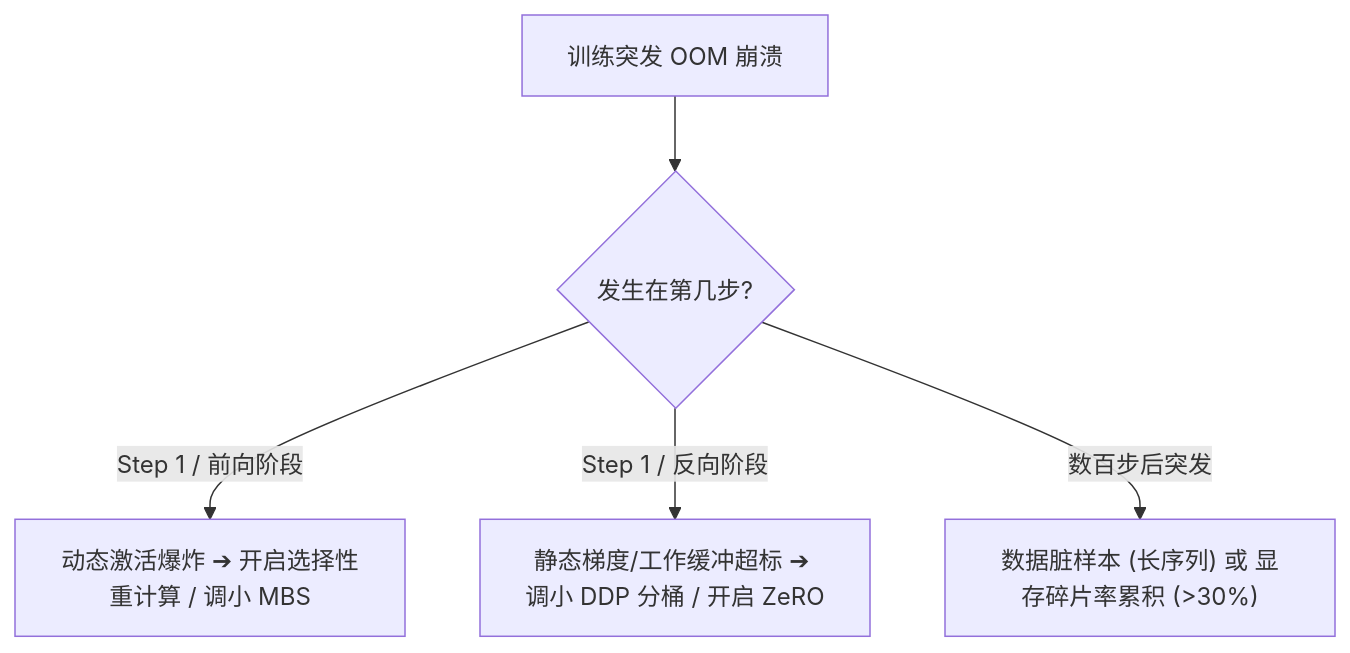
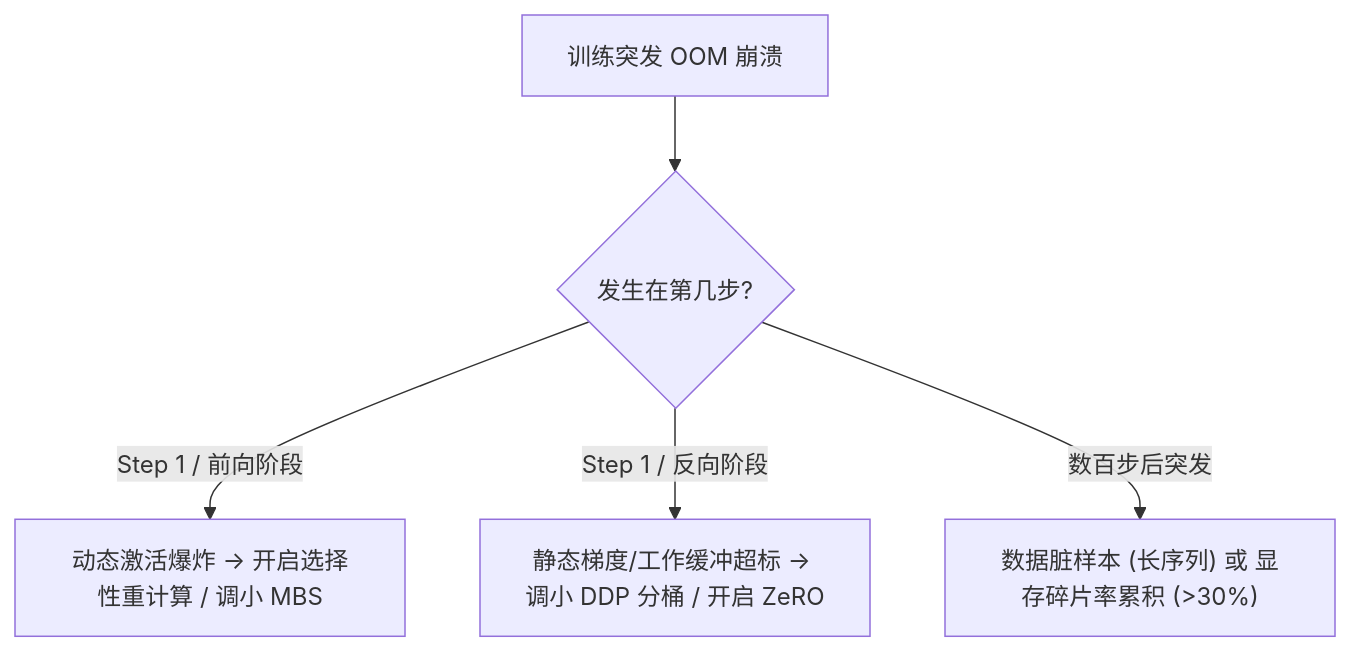
Before and after one commit to hsthanb4/hpclearning: the second of 2 diagrams in train/lesson12.qmd, drawn with Mermaid. The commit also changed 17 other files, not shown here.

Commit message:
fix(docs): switch to native MathML, resolve Mermaid syntax errors, and fix broken internal links across all courses

````diff
--- a/train/lesson12.qmd
+++ b/train/lesson12.qmd
@@ -112,7 +112,7 @@
 ```{mermaid}
 flowchart TD
     OOM["训练突发 OOM 崩溃"] --> CheckTime{"发生在第几步?"}
-    CheckTime -->|Step 1 / 前向阶段| CheckAct["动态激活爆炸 ➔ 开启选择性重计算 / 调小 MBS"]
-    CheckTime -->|Step 1 / 反向阶段| CheckGrad["静态梯度/工作缓冲超标 ➔ 调小 DDP 分桶 / 开启 ZeRO"]
+    CheckTime -->|"Step 1 / 前向阶段"| CheckAct["动态激活爆炸 -> 开启选择性重计算 / 调小 MBS"]
+    CheckTime -->|"Step 1 / 反向阶段"| CheckGrad["静态梯度/工作缓冲超标 -> 调小 DDP 分桶 / 开启 ZeRO"]
     CheckTime -->|数百步后突发| CheckData["数据脏样本 (长序列) 或 显存碎片率累积 (>30%)"]
 ```
````
